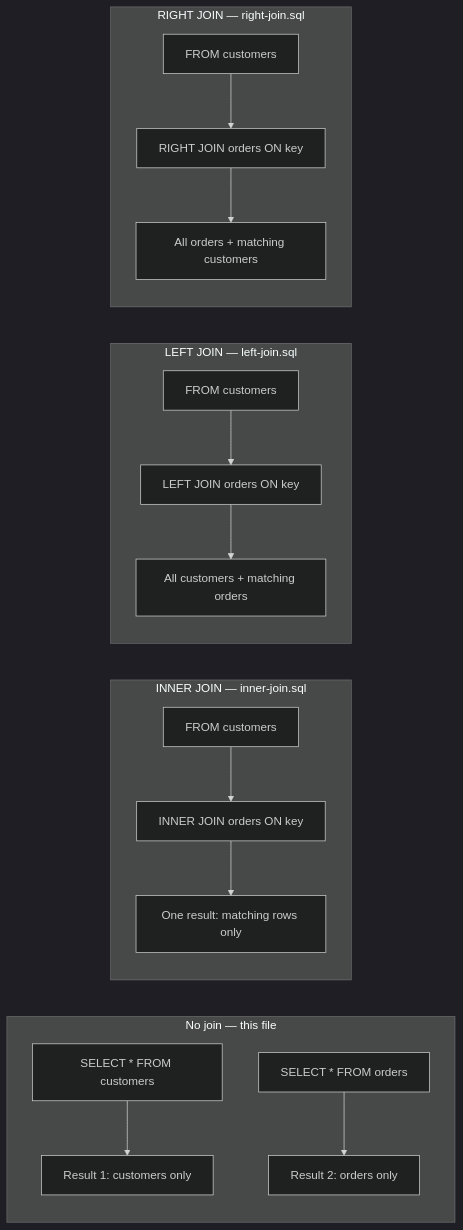
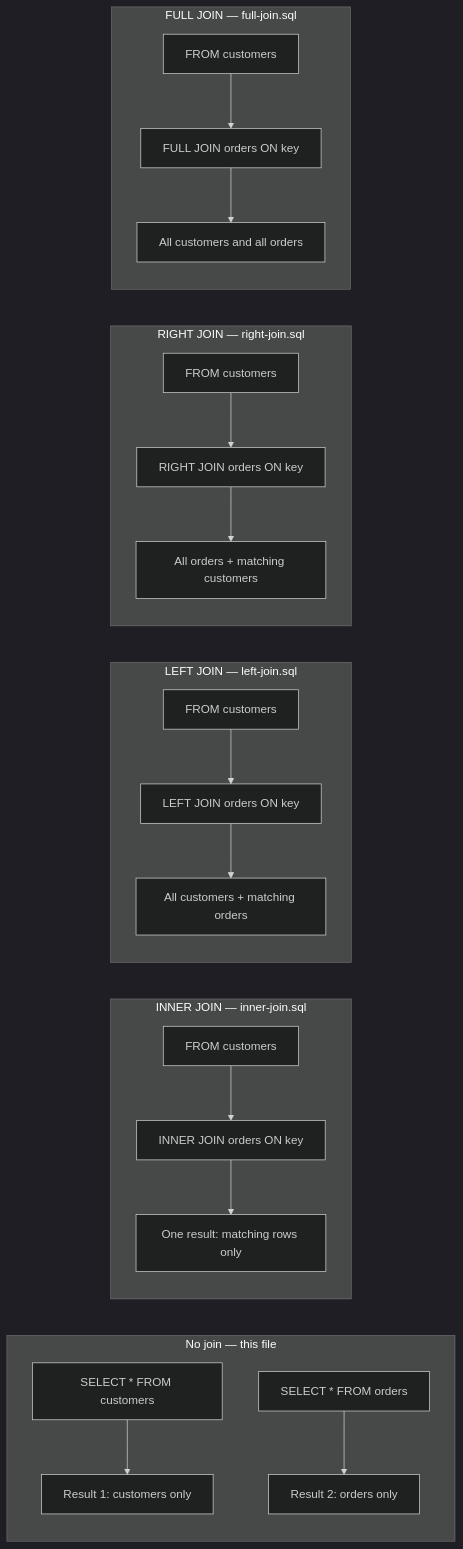
One commit to PandeyRajnish/sql changed the first of 7 diagrams in joins(columns-rows)/README.md. Above: the diagram before and after it, drawn with Mermaid (dark theme). The commit also changed other lines of this file and 2 other files, not shown here.

Commit message:
Update README.md and joins(columns-rows)/README.md to introduce `FULL JOIN`, including detailed explanations, examples, and a new `full-join.sql` file. Enhanced visual aids and clarified the behavior of `FULL JOIN` in SQL queries.

````diff
--- a/joins(columns-rows)/README.md
+++ b/joins(columns-rows)/README.md
@@ -23,22 +23,27 @@
 ```mermaid
 flowchart LR
     subgraph nojoin ["No join — this file"]
         C1["SELECT * FROM customers"] --> R1["Result 1: customers only"]
         O1["SELECT * FROM orders"] --> R2["Result 2: orders only"]
     end
 
     subgraph inner ["INNER JOIN — inner-join.sql"]
         C2["FROM customers"] --> J["INNER JOIN orders ON key"]
         J --> R3["One result: matching rows only"]
     end
 
     subgraph leftj ["LEFT JOIN — left-join.sql"]
         C3["FROM customers"] --> L["LEFT JOIN orders ON key"]
         L --> R4["All customers + matching orders"]
     end
 
     subgraph rightj ["RIGHT JOIN — right-join.sql"]
         C4["FROM customers"] --> R["RIGHT JOIN orders ON key"]
         R --> R5["All orders + matching customers"]
     end
+
+    subgraph fullj ["FULL JOIN — full-join.sql"]
+        C5["FROM customers"] --> F["FULL JOIN orders ON key"]
+        F --> R6["All customers and all orders"]
+    end
 ```
````
